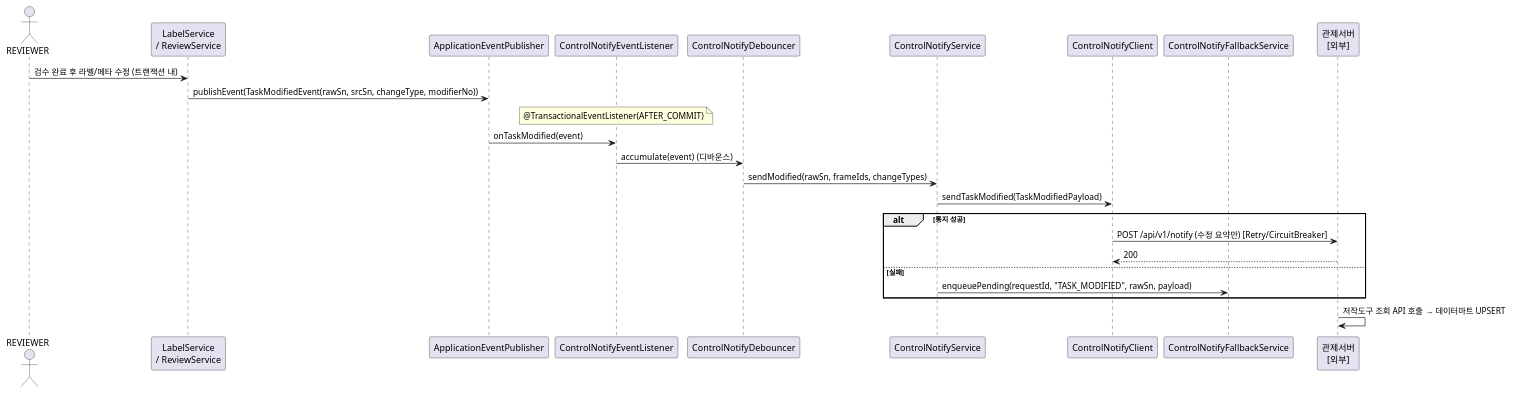
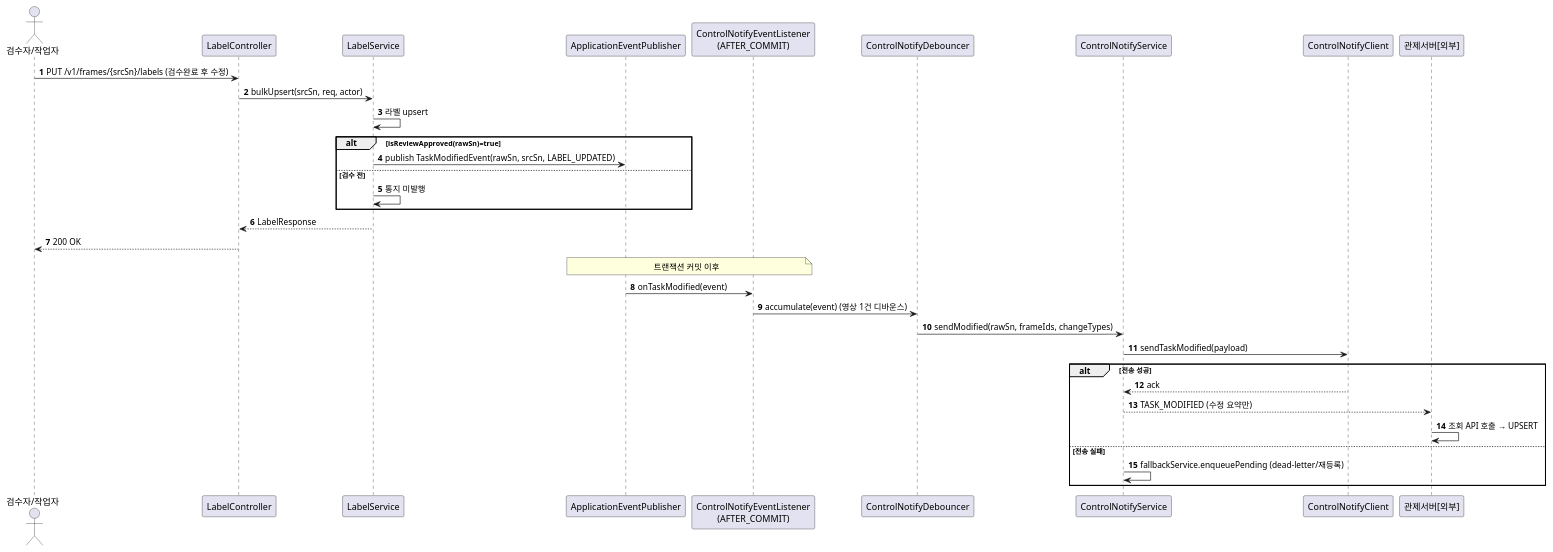
Before and after one commit to New-stella/klid-label: the tenth of 18 diagrams in docs/design/D1-클래스설계서.md, drawn with PlantUML. The commit also changed other lines of this file and 36 other files, not shown here.

````diff
--- a/docs/design/D1-클래스설계서.md
+++ b/docs/design/D1-클래스설계서.md
@@ -266,28 +522,37 @@
 ```plantuml
 @startuml
-actor "REVIEWER" as U
-participant "LabelService\n/ ReviewService" as SRC
+autonumber
+actor "검수자/작업자" as RV
+participant "LabelController" as LC
+participant "LabelService" as LS
 participant "ApplicationEventPublisher" as EP
-participant "ControlNotifyEventListener" as L
-participant "ControlNotifyDebouncer" as D
-participant "ControlNotifyService" as CS
+participant "ControlNotifyEventListener\n(AFTER_COMMIT)" as EL
+participant "ControlNotifyDebouncer" as DBn
+participant "ControlNotifyService" as CNS
 participant "ControlNotifyClient" as CC
-participant "ControlNotifyFallbackService" as FB
-participant "관제서버\n[외부]" as CTRL
+participant "관제서버[외부]" as CTL
 
-U -> SRC : 검수 완료 후 라벨/메타 수정 (트랜잭션 내)
-SRC -> EP : publishEvent(TaskModifiedEvent(rawSn, srcSn, changeType, modifierNo))
-note over L : @TransactionalEventListener(AFTER_COMMIT)
-EP -> L : onTaskModified(event)
-L -> D : accumulate(event)  (디바운스)
-D -> CS : sendModified(rawSn, frameIds, changeTypes)
-CS -> CC : sendTaskModified(TaskModifiedPayload)
-alt 통지 성공
-  CC -> CTRL : POST /api/v1/notify (수정 요약만) [Retry/CircuitBreaker]
-  CTRL --> CC : 200
-else 실패
-  CS -> FB : enqueuePending(requestId, "TASK_MODIFIED", rawSn, payload)
+RV -> LC : PUT /v1/frames/{srcSn}/labels (검수완료 후 수정)
+LC -> LS : bulkUpsert(srcSn, req, actor)
+LS -> LS : 라벨 upsert
+alt isReviewApproved(rawSn)=true
+  LS -> EP : publish TaskModifiedEvent(rawSn, srcSn, LABEL_UPDATED)
+else 검수 전
+  LS -> LS : 통지 미발행
 end
-CTRL -> CTRL : 저작도구 조회 API 호출 → 데이터마트 UPSERT
+LS --> LC : LabelResponse
+LC --> RV : 200 OK
+note over EP,EL : 트랜잭션 커밋 이후
+EP -> EL : onTaskModified(event)
+EL -> DBn : accumulate(event) (영상 1건 디바운스)
+DBn -> CNS : sendModified(rawSn, frameIds, changeTypes)
+CNS -> CC : sendTaskModified(payload)
+alt 전송 성공
+  CC --> CNS : ack
+  CNS --> CTL : TASK_MODIFIED (수정 요약만)
+  CTL -> CTL : 조회 API 호출 → UPSERT
+else 전송 실패
+  CNS -> CNS : fallbackService.enqueuePending (dead-letter/재등록)
+end
 @enduml
 ```
````
